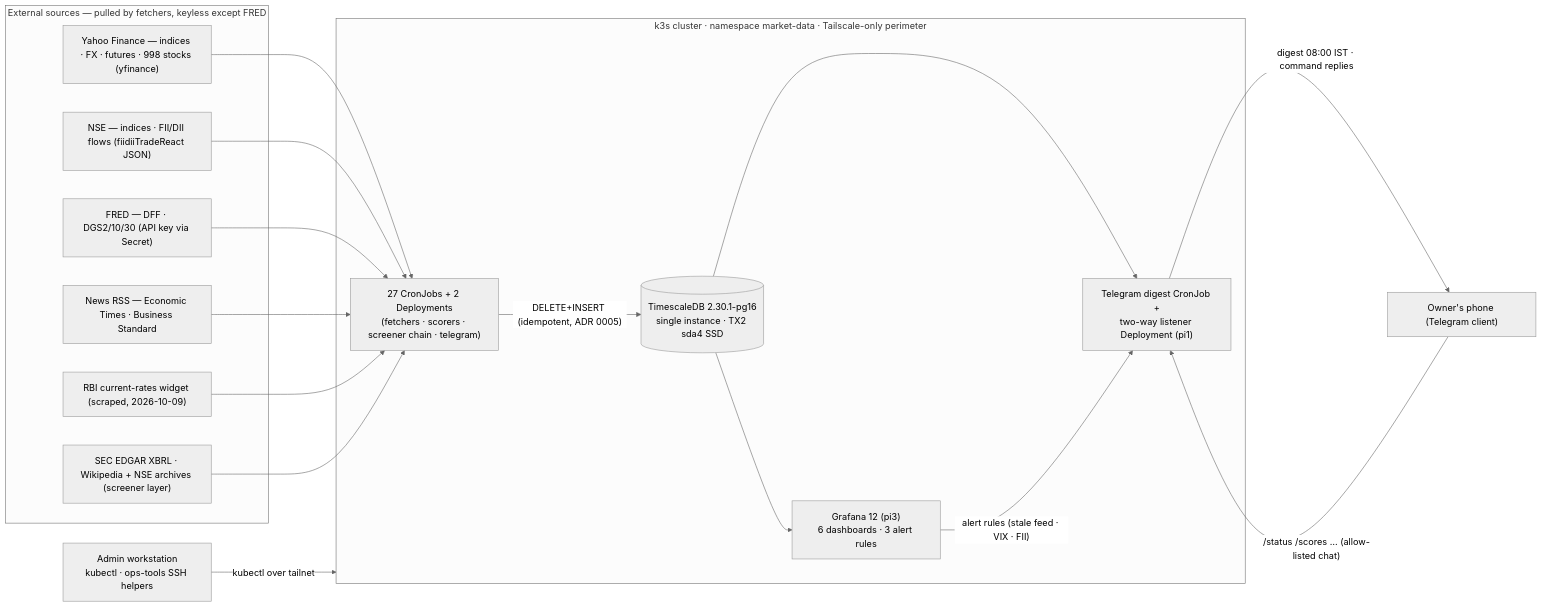
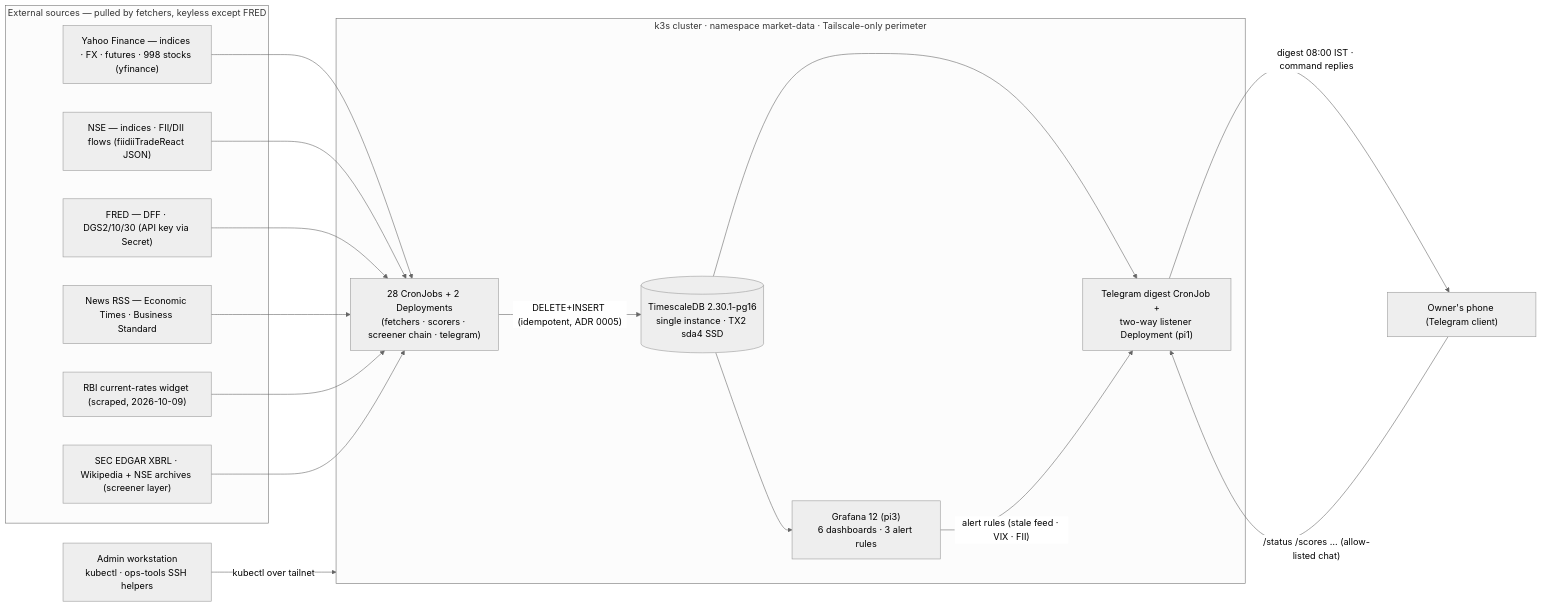
One commit to ahemanthyadav/-pi-market-pipeline changed the first of 9 diagrams in docs/market-data-architecture.md. Above: the diagram before and after it, drawn with Mermaid (neutral theme). The commit also changed other lines of this file and 13 other files, not shown here.

````diff
--- a/docs/market-data-architecture.md
+++ b/docs/market-data-architecture.md
@@ -69,35 +69,35 @@
 ```mermaid
 flowchart LR
     subgraph EXT["External sources — pulled by fetchers, keyless except FRED"]
         YF["Yahoo Finance — indices · FX · futures · 998 stocks (yfinance)"]
         NSE["NSE — indices · FII/DII flows (fiidiiTradeReact JSON)"]
         FRED["FRED — DFF · DGS2/10/30 (API key via Secret)"]
         RSS["News RSS — Economic Times · Business Standard"]
         RBIW["RBI current-rates widget (scraped, 2026-10-09)"]
         EDGR["SEC EDGAR XBRL · Wikipedia + NSE archives (screener layer)"]
     end
 
     subgraph K8S["k3s cluster · namespace market-data · Tailscale-only perimeter"]
-        JOBS["27 CronJobs + 2 Deployments<br/>(fetchers · scorers · screener chain · telegram)"]
+        JOBS["28 CronJobs + 2 Deployments<br/>(fetchers · scorers · screener chain · telegram)"]
         TSDB[("TimescaleDB 2.30.1-pg16<br/>single instance · TX2 sda4 SSD")]
         GRAF["Grafana 12 (pi3)<br/>6 dashboards · 3 alert rules"]
         TGB["Telegram digest CronJob +<br/>two-way listener Deployment (pi1)"]
     end
 
     ADMIN["Admin workstation<br/>kubectl · ops-tools SSH helpers"]
     PHONE["Owner's phone (Telegram client)"]
 
     YF --> JOBS
     NSE --> JOBS
     FRED --> JOBS
     RSS --> JOBS
     RBIW --> JOBS
     EDGR --> JOBS
     JOBS -- "DELETE+INSERT (idempotent, ADR 0005)" --> TSDB
     TSDB --> GRAF
     TSDB --> TGB
     GRAF -- "alert rules (stale feed · VIX · FII)" --> TGB
     TGB -- "digest 08:00 IST · command replies" --> PHONE
     PHONE -- "/status /scores … (allow-listed chat)" --> TGB
     ADMIN -- "kubectl over tailnet" --> K8S
 ```
````
